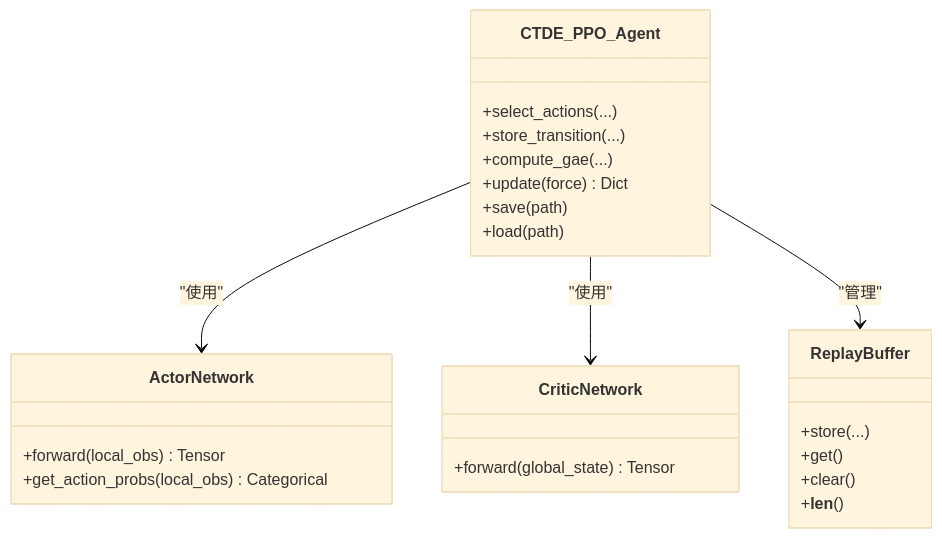
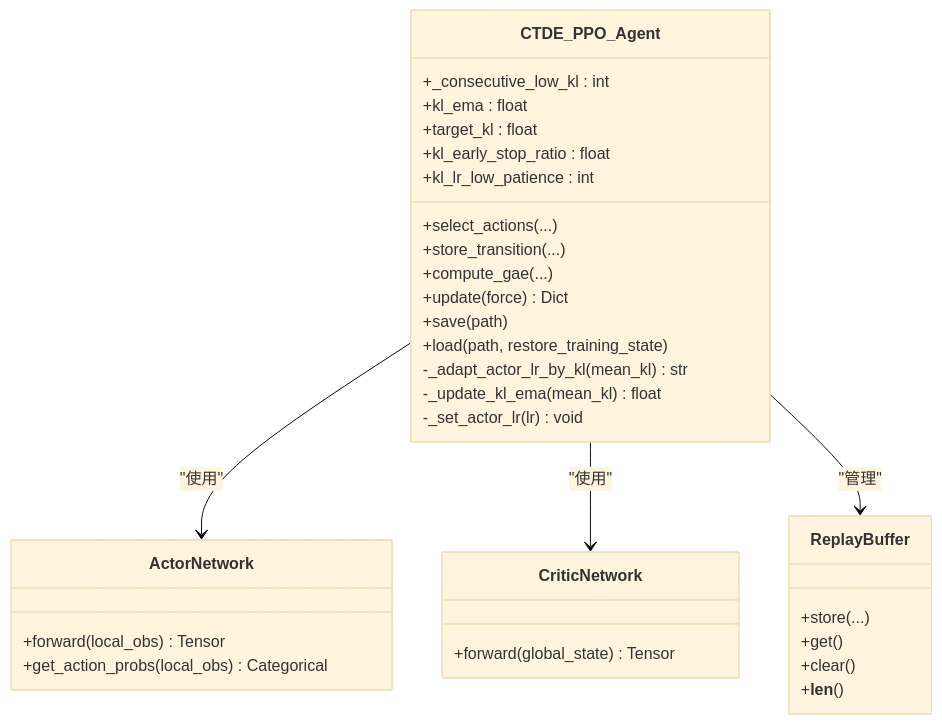
One commit to xixi10001/self_Adaptive changed the eighth of 8 diagrams in .qoder/repowiki/zh/content/项目概述/核心功能特性/CTDE-PPO算法实现/PPO算法核心实现/PPO算法核心实现.md. Above: the diagram before and after it, drawn with Mermaid (base theme). The commit also changed other lines of this file and 94 other files, not shown here.

````diff
--- a/.qoder/repowiki/zh/content/项目概述/核心功能特性/CTDE-PPO算法实现/PPO算法核心实现/PPO算法核心实现.md
+++ b/.qoder/repowiki/zh/content/项目概述/核心功能特性/CTDE-PPO算法实现/PPO算法核心实现/PPO算法核心实现.md
@@ -235,27 +351,35 @@
 ```mermaid
 classDiagram
 class ActorNetwork {
 +forward(local_obs) Tensor
 +get_action_probs(local_obs) Categorical
 }
 class CriticNetwork {
 +forward(global_state) Tensor
 }
 class ReplayBuffer {
 +store(...)
 +get()
 +clear()
 +__len__()
 }
 class CTDE_PPO_Agent {
 +select_actions(...)
 +store_transition(...)
 +compute_gae(...)
 +update(force) Dict
 +save(path)
-+load(path)
++load(path, restore_training_state)
+-_adapt_actor_lr_by_kl(mean_kl) str
+-_update_kl_ema(mean_kl) float
+-_set_actor_lr(lr) void
++_consecutive_low_kl : int
++kl_ema : float
++target_kl : float
++kl_early_stop_ratio : float
++kl_lr_low_patience : int
 }
 CTDE_PPO_Agent --> ActorNetwork : "使用"
 CTDE_PPO_Agent --> CriticNetwork : "使用"
 CTDE_PPO_Agent --> ReplayBuffer : "管理"
 ```
````
